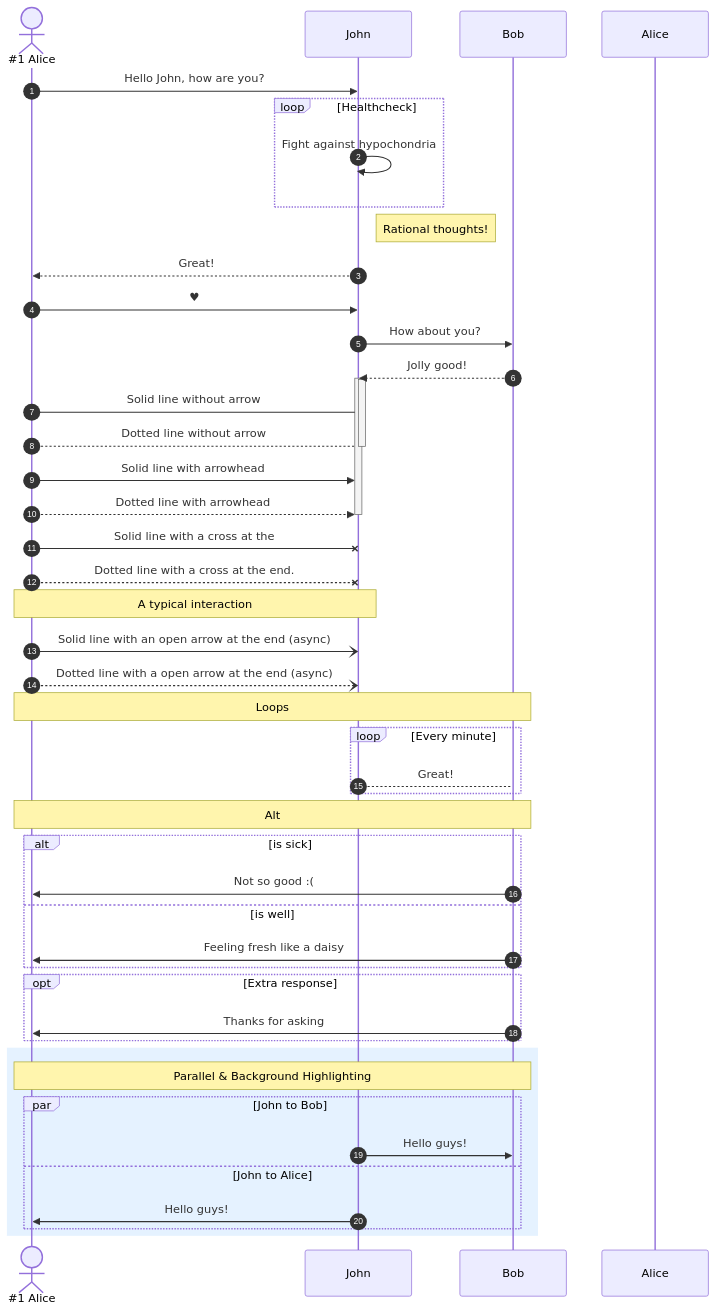
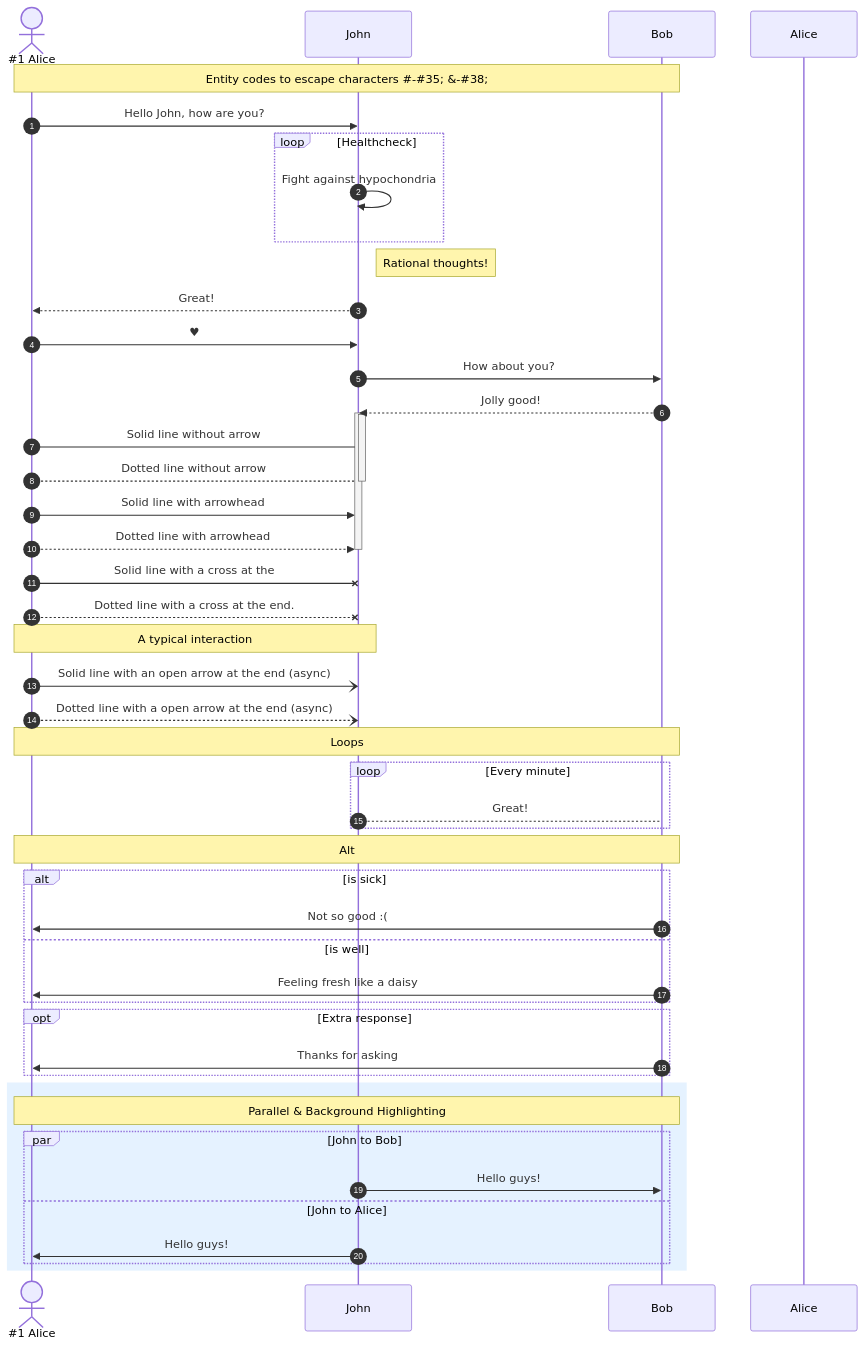
The sixth of 6 diagrams in flowcharts/README-template.md (sd-godaddy/sandbox), drawn with Mermaid before and after one commit. The commit also changed other lines of this file and 1 other file, not shown here.

Commit message:
sequenceDiagram

````diff
--- a/flowcharts/README-template.md
+++ b/flowcharts/README-template.md
@@ -122,57 +122,58 @@
 ```mermaid
 sequenceDiagram
     autonumber
     actor A as #35;1 Alice
     participant J as John
     participant B as Bob
     link Alice: Dashboard @ https://dashboard.contoso.com/alice
+Note over A,B: Entity codes to escape characters #35;-#35;35#59; #38;-#35;38#59;
+
 A->>J: Hello John, how are you?
 loop Healthcheck
     J->>J: Fight against hypochondria
 end
 Note right of J: Rational thoughts!
 J-->>A: Great!
 A->>J: #9829;
 J->>B: How about you?
 B-->>J: Jolly good!
 %% this is a comment
 activate J
 activate J
 A->J: Solid line without arrow
 A-->J: Dotted line without arrow
 deactivate J
 A->>J: Solid line with arrowhead
 A-->>J: Dotted line with arrowhead
 deactivate J
-A-xJ: Solid line with a cross at the 
+A-xJ: Solid line with a cross at the
 A--xJ: Dotted line with a cross at the end.
 Note over J,A: A typical interaction
 A-)J: Solid line with an open arrow at the end (async)
 A--)J: Dotted line with a open arrow at the end (async)
 
 Note over A,B: Loops
   loop Every minute
       J-->B: Great!
   end
 
 Note over A,B: Alt
   alt is sick
       B->>A: Not so good :(
   else is well
       B->>A: Feeling fresh like a daisy
   end
 
   opt Extra response
       B->>A: Thanks for asking
   end
 
 rect rgb(191, 223, 255, 0.4)
-Note over A,B: Parallel & Background Highlighting
+Note over A,B: Parallel #38; Background Highlighting
     par John to Bob
         J->>B: Hello guys!
     and John to Alice
         J->>A: Hello guys!
     end
 end
-
 ```
````
